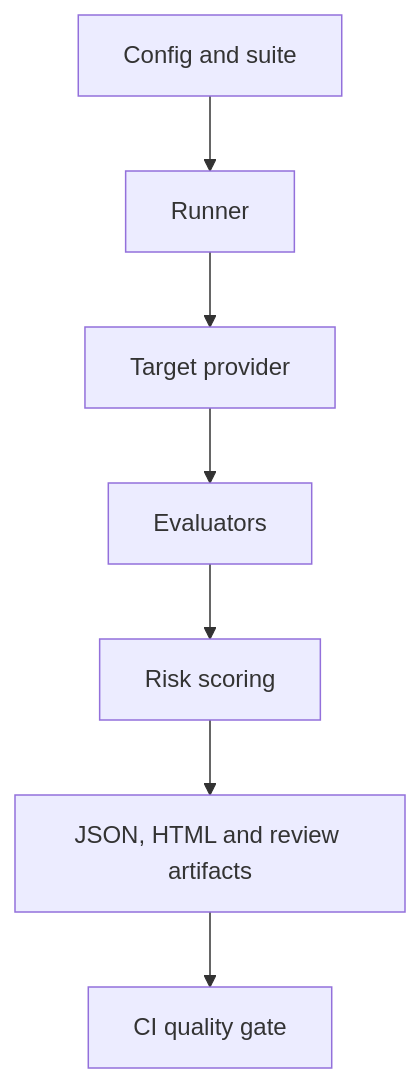
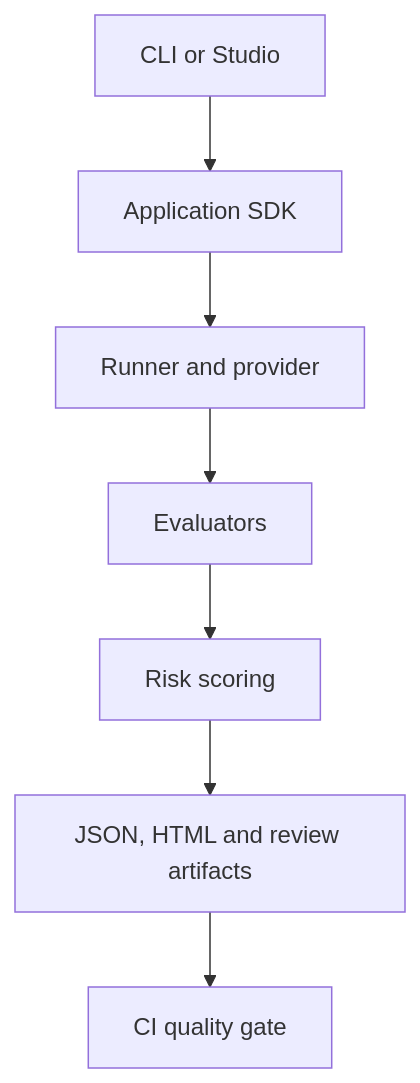
One commit to TriVip/llm-eval-kit changed the diagram in docs/ARCHITECTURE.md. Above: the diagram before and after it, drawn with Mermaid. The commit also changed other lines of this file and 19 other files, not shown here.

First line of the commit message:
feat(ui): shared evaluation SDK and Studio contracts (#8)

````diff
--- a/docs/ARCHITECTURE.md
+++ b/docs/ARCHITECTURE.md
@@ -5,9 +5,9 @@
 ```mermaid
 flowchart TD
-  A[Config and suite] --> B[Runner]
-  B --> C[Target provider]
+  A[CLI or Studio] --> B[Application SDK]
+  B --> C[Runner and provider]
   C --> D[Evaluators]
   D --> E[Risk scoring]
   E --> F[JSON, HTML and review artifacts]
   F --> G[CI quality gate]
 ```
````
